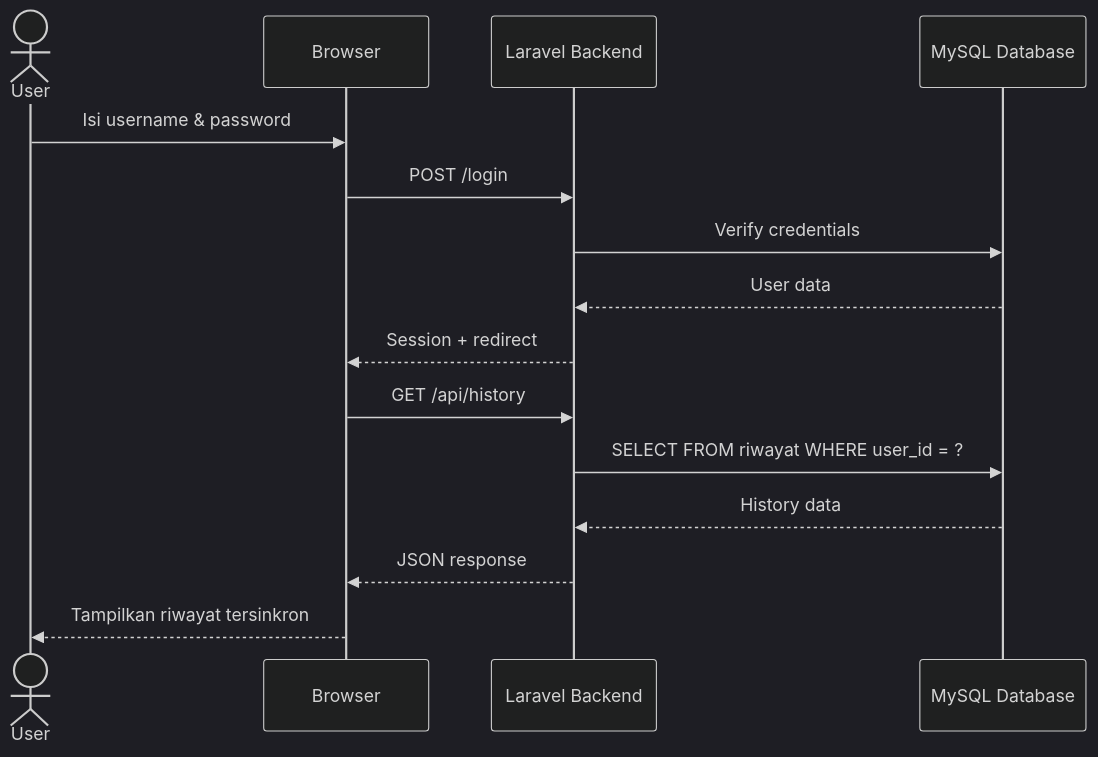
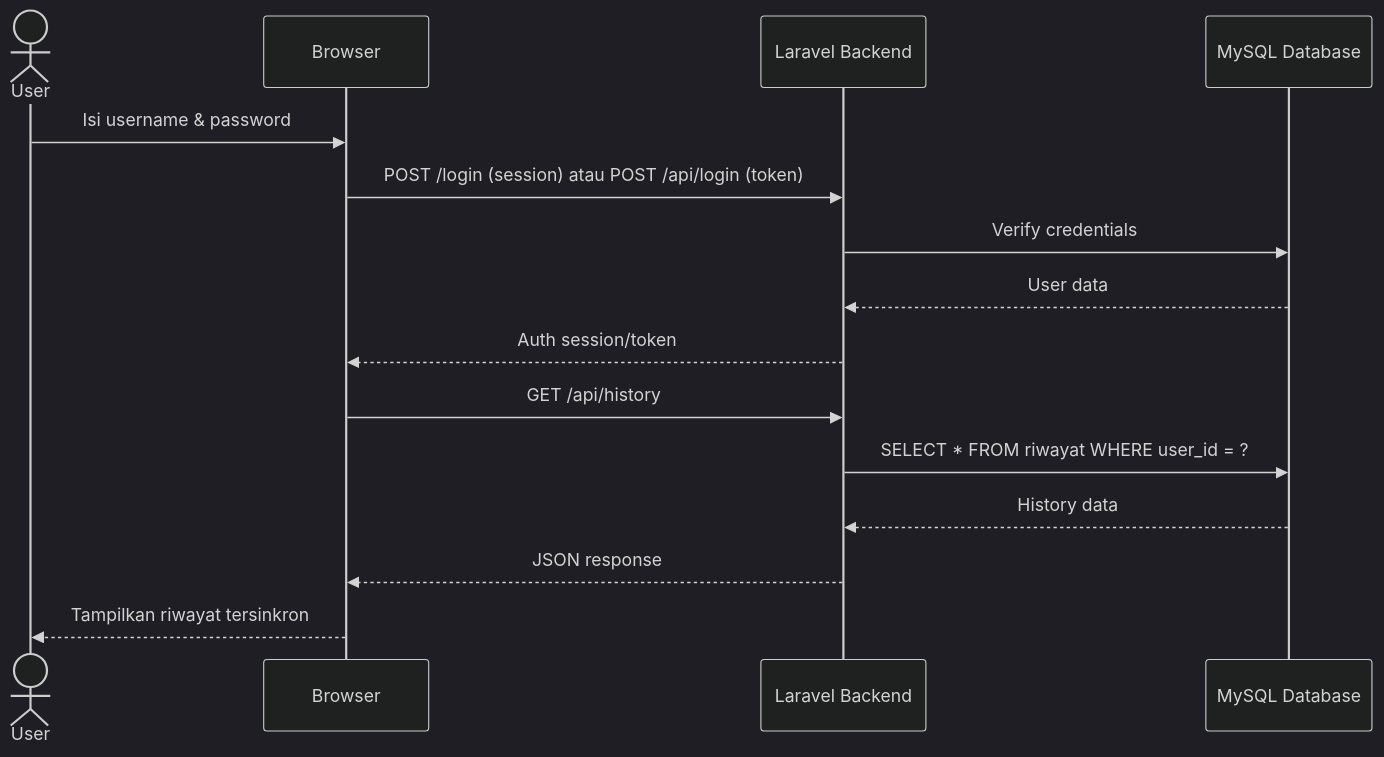
The sixth of 8 diagrams in e-concalc-web/README.md (falcon-ioi/Caclcon), drawn with Mermaid (dark theme) before and after one commit. The commit also changed other lines of this file, not shown here.

Commit message:
docs: restore detailed UML diagrams with numbered sections, class diagram, and konverter activity diagram

````diff
--- a/e-concalc-web/README.md
+++ b/e-concalc-web/README.md
@@ -203,18 +211,18 @@
 ```mermaid
 sequenceDiagram
     actor User
     participant Browser
     participant Laravel as Laravel Backend
     participant DB as MySQL Database
 
     User->>Browser: Isi username & password
-    Browser->>Laravel: POST /login
+    Browser->>Laravel: POST /login (session) atau POST /api/login (token)
     Laravel->>DB: Verify credentials
     DB-->>Laravel: User data
-    Laravel-->>Browser: Session + redirect
+    Laravel-->>Browser: Auth session/token
     Browser->>Laravel: GET /api/history
-    Laravel->>DB: SELECT FROM riwayat WHERE user_id = ?
+    Laravel->>DB: SELECT * FROM riwayat WHERE user_id = ?
     DB-->>Laravel: History data
     Laravel-->>Browser: JSON response
     Browser-->>User: Tampilkan riwayat tersinkron
 ```
````
